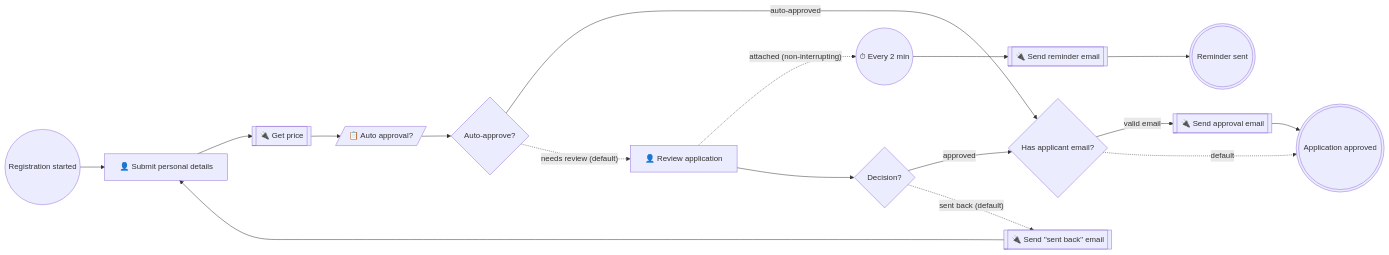
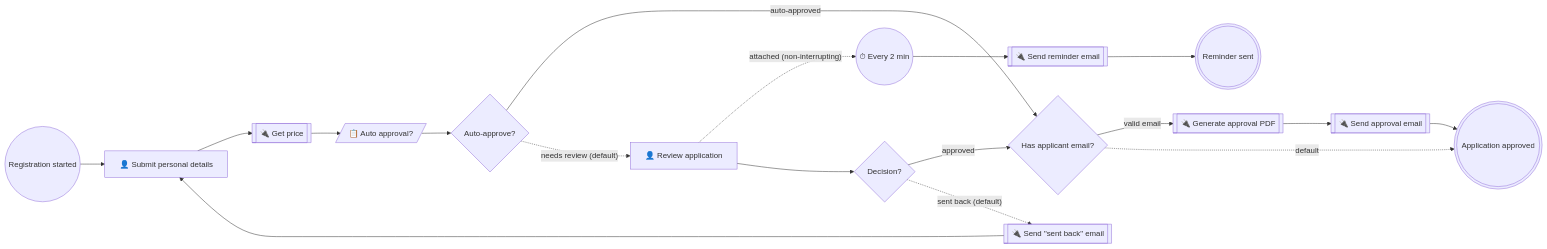
Before and after one commit to krixerx/cib7-react-poc: the diagram in docs/business/services/person-registration/README.md, drawn with Mermaid. The commit also changed other lines of this file and 13 other files, not shown here.

````diff
--- a/docs/business/services/person-registration/README.md
+++ b/docs/business/services/person-registration/README.md
@@ -40,34 +40,36 @@
 ```mermaid
 flowchart LR
   %% Person Registration
   StartEvent_1(("Registration started"))
   Task_SubmitDetails["👤 Submit personal details"]
   Task_Review["👤 Review application"]
   Task_GetPrice[["🔌 Get price"]]
   Task_SendReminderEmail[["🔌 Send reminder email"]]
+  Task_GeneratePdf[["🔌 Generate approval PDF"]]
   Task_SendApprovalEmail[["🔌 Send approval email"]]
   Task_SendBackEmail[["🔌 Send &quot;sent back&quot; email"]]
   Task_AutoDecide[/"📋 Auto approval?"/]
   Gateway_AutoApproval{"Auto-approve?"}
   Gateway_Decision{"Decision?"}
   Gateway_SendApprovalEmail{"Has applicant email?"}
   BoundaryEvent_ReviewReminder(("⏱ Every 2 min"))
   EndEvent_ReminderSent((("Reminder sent")))
   EndEvent_Approved((("Application approved")))
   Task_Review -. attached (non-interrupting) .-> BoundaryEvent_ReviewReminder
   StartEvent_1 --> Task_SubmitDetails
   Task_SubmitDetails --> Task_GetPrice
   Task_GetPrice --> Task_AutoDecide
   Task_AutoDecide --> Gateway_AutoApproval
   Gateway_AutoApproval -- "auto-approved" --> Gateway_SendApprovalEmail
   Gateway_AutoApproval -. "needs review (default)" .-> Task_Review
   BoundaryEvent_ReviewReminder --> Task_SendReminderEmail
   Task_SendReminderEmail --> EndEvent_ReminderSent
   Task_Review --> Gateway_Decision
   Gateway_Decision -- "approved" --> Gateway_SendApprovalEmail
-  Gateway_SendApprovalEmail -- "valid email" --> Task_SendApprovalEmail
+  Gateway_SendApprovalEmail -- "valid email" --> Task_GeneratePdf
+  Task_GeneratePdf --> Task_SendApprovalEmail
   Gateway_SendApprovalEmail -. "default" .-> EndEvent_Approved
   Task_SendApprovalEmail --> EndEvent_Approved
   Gateway_Decision -. "sent back (default)" .-> Task_SendBackEmail
   Task_SendBackEmail --> Task_SubmitDetails
 ```
````
